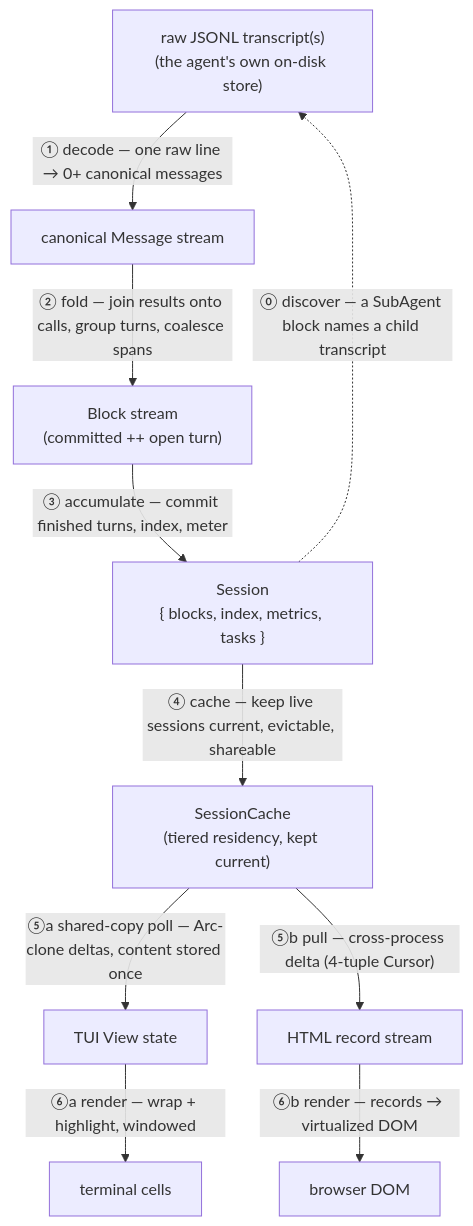
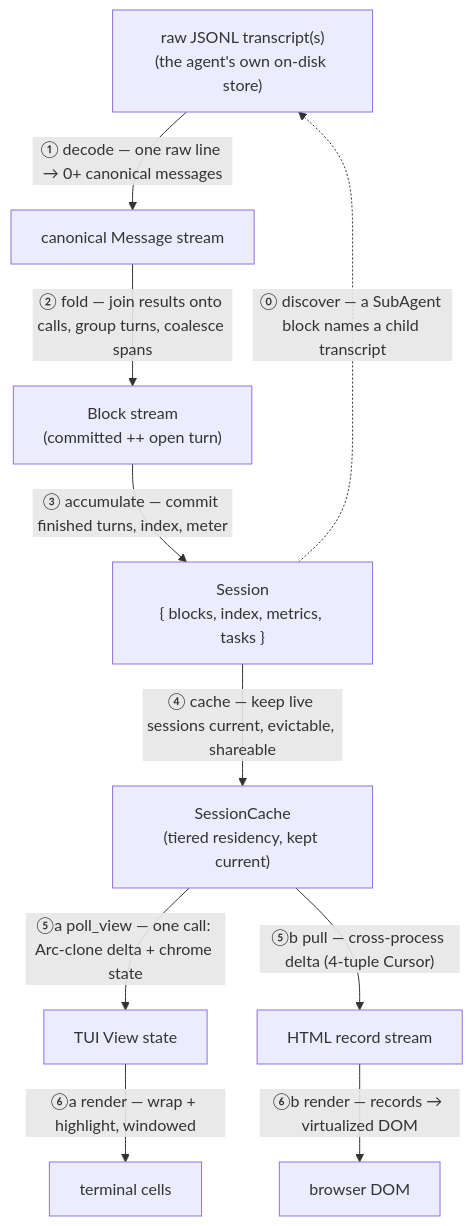
The diagram in docs/architecture.md (tanghong123/claude-replay), drawn with Mermaid before and after one commit. The commit also changed other lines of this file and 4 other files, not shown here.

````diff
--- a/docs/architecture.md
+++ b/docs/architecture.md
@@ -84,22 +84,22 @@
 ```mermaid
 flowchart TB
   RAW["raw JSONL transcript(s)<br/>(the agent's own on-disk store)"]
   MSG["canonical Message stream"]
   BLK["Block stream<br/>(committed ++ open turn)"]
   SES["Session<br/>{ blocks, index, metrics, tasks }"]
   CACHE["SessionCache<br/>(tiered residency, kept current)"]
   TUI["TUI View state"]
   HTMLR["HTML record stream"]
   TERM["terminal cells"]
   DOM["browser DOM"]
 
   RAW  -->|"① decode — one raw line → 0+ canonical messages"| MSG
   MSG  -->|"② fold — join results onto calls, group turns, coalesce spans"| BLK
   BLK  -->|"③ accumulate — commit finished turns, index, meter"| SES
   SES  -->|"④ cache — keep live sessions current, evictable, shareable"| CACHE
-  CACHE -->|"⑤a shared-copy poll — Arc-clone deltas, content stored once"| TUI
+  CACHE -->|"⑤a poll_view — one call: Arc-clone delta + chrome state"| TUI
   CACHE -->|"⑤b pull — cross-process delta (4-tuple Cursor)"| HTMLR
   TUI  -->|"⑥a render — wrap + highlight, windowed"| TERM
   HTMLR -->|"⑥b render — records → virtualized DOM"| DOM
   SES  -.->|"⓪ discover — a SubAgent block names a child transcript"| RAW
 ```
````
